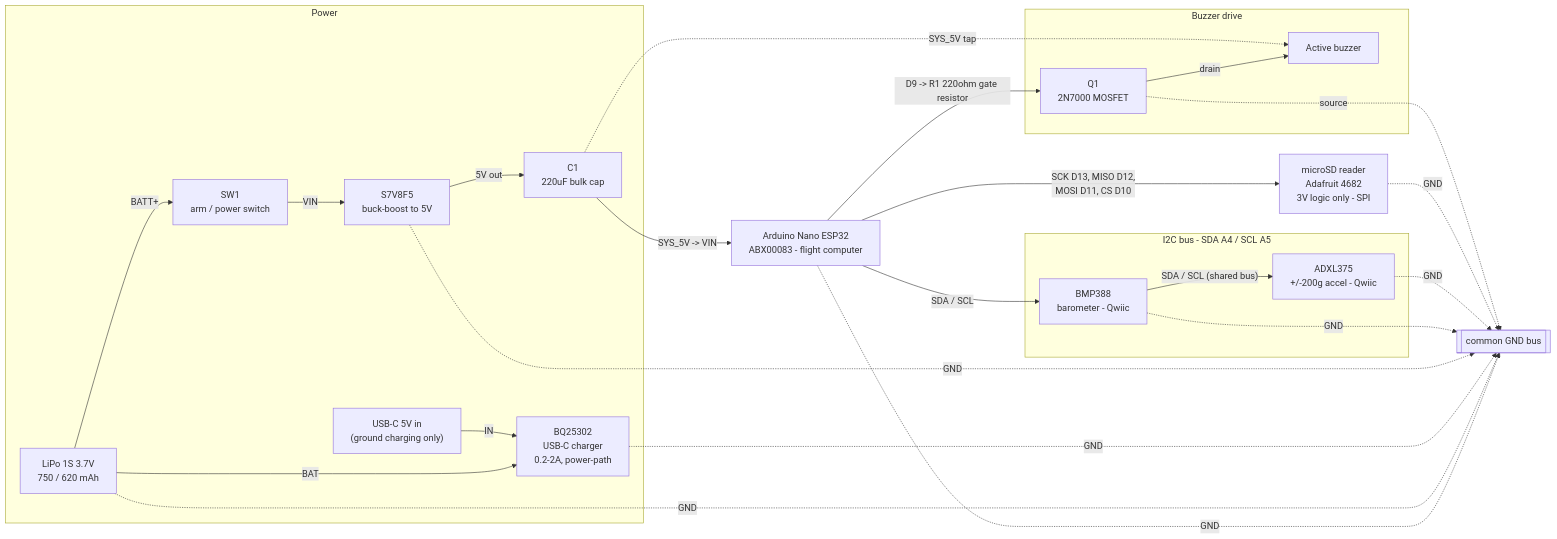
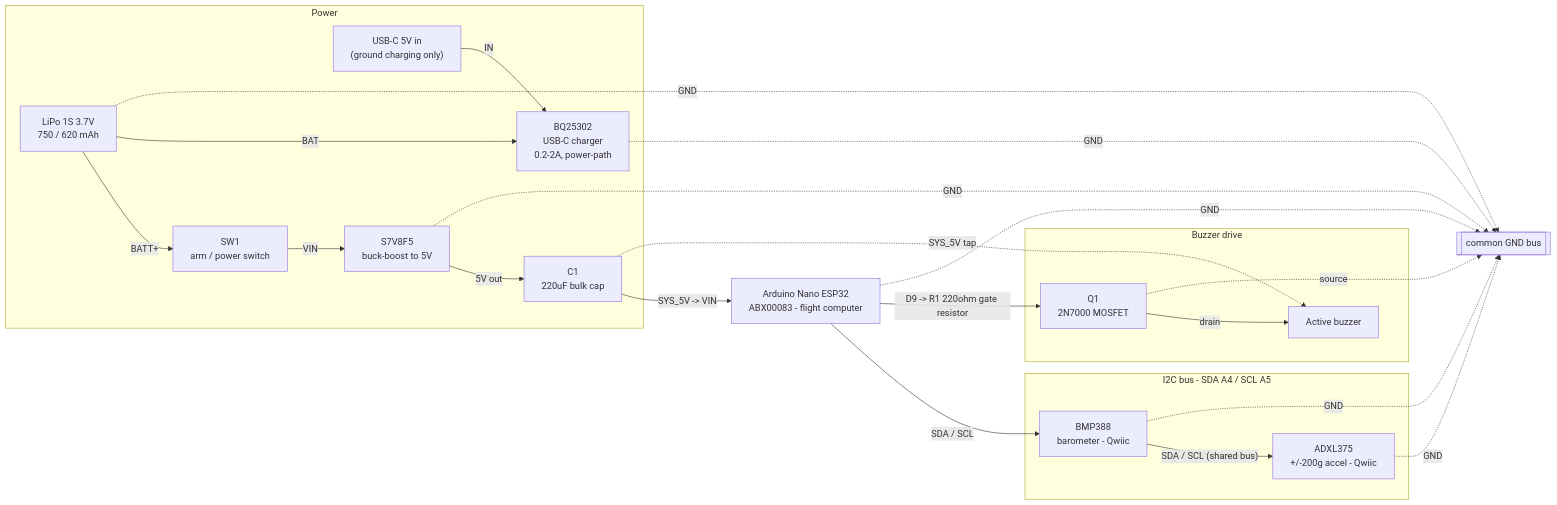
One commit to ItzXyers/Rocketry changed the second of 2 diagrams in Electronics/Avionics/avionics_wiring.md. Above: the diagram before and after it, drawn with Mermaid. The commit also changed other lines of this file and 29 other files, not shown here.

````diff
--- a/Electronics/Avionics/avionics_wiring.md
+++ b/Electronics/Avionics/avionics_wiring.md
@@ -97,50 +94,46 @@
 ```mermaid
 flowchart LR
     subgraph PWR["Power"]
         BATT["LiPo 1S 3.7V<br/>750 / 620 mAh"]
         USB["USB-C 5V in<br/>(ground charging only)"]
         CHG["BQ25302<br/>USB-C charger<br/>0.2-2A, power-path"]
         SW["SW1<br/>arm / power switch"]
         REG["S7V8F5<br/>buck-boost to 5V"]
         C1["C1<br/>220uF bulk cap"]
     end
 
     NANO["Arduino Nano ESP32<br/>ABX00083 - flight computer"]
 
     subgraph I2C["I2C bus - SDA A4 / SCL A5"]
         BMP["BMP388<br/>barometer - Qwiic"]
         ADXL["ADXL375<br/>+/-200g accel - Qwiic"]
     end
 
-    SD["microSD reader<br/>Adafruit 4682<br/>3V logic only - SPI"]
-
     subgraph DRIVE["Buzzer drive"]
         Q1["Q1<br/>2N7000 MOSFET"]
         BZ["Active buzzer"]
     end
 
     GND[["common GND bus"]]
 
     BATT -- "BATT+" --> SW
     BATT -- "BAT" --> CHG
     USB -- "IN" --> CHG
     SW -- "VIN" --> REG
     REG -- "5V out" --> C1
     C1 -- "SYS_5V -> VIN" --> NANO
 
     NANO -- "SDA / SCL" --> BMP
     BMP -- "SDA / SCL (shared bus)" --> ADXL
-    NANO -- "SCK D13, MISO D12,<br/>MOSI D11, CS D10" --> SD
     NANO -- "D9 -> R1 220ohm gate resistor" --> Q1
     Q1 -- "drain" --> BZ
     C1 -. "SYS_5V tap" .-> BZ
 
     NANO -. GND .-> GND
     BATT -. GND .-> GND
     CHG -. GND .-> GND
     REG -. GND .-> GND
     BMP -. GND .-> GND
     ADXL -. GND .-> GND
-    SD -. GND .-> GND
     Q1 -. "source" .-> GND
 ```
````
